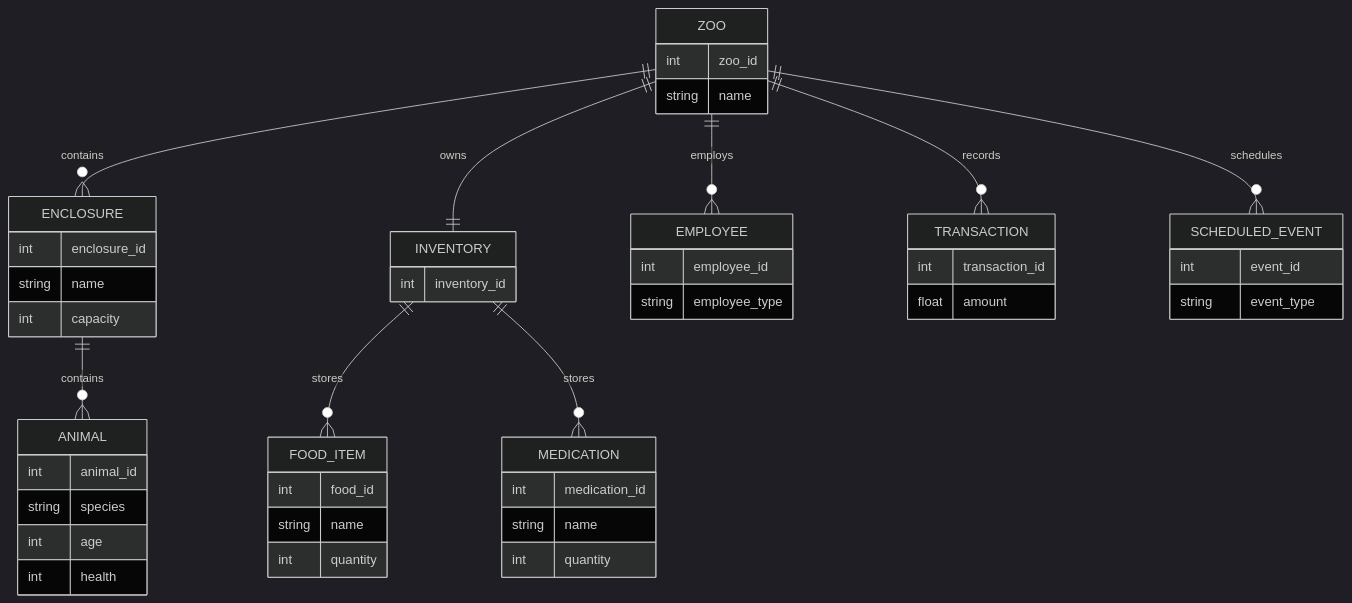
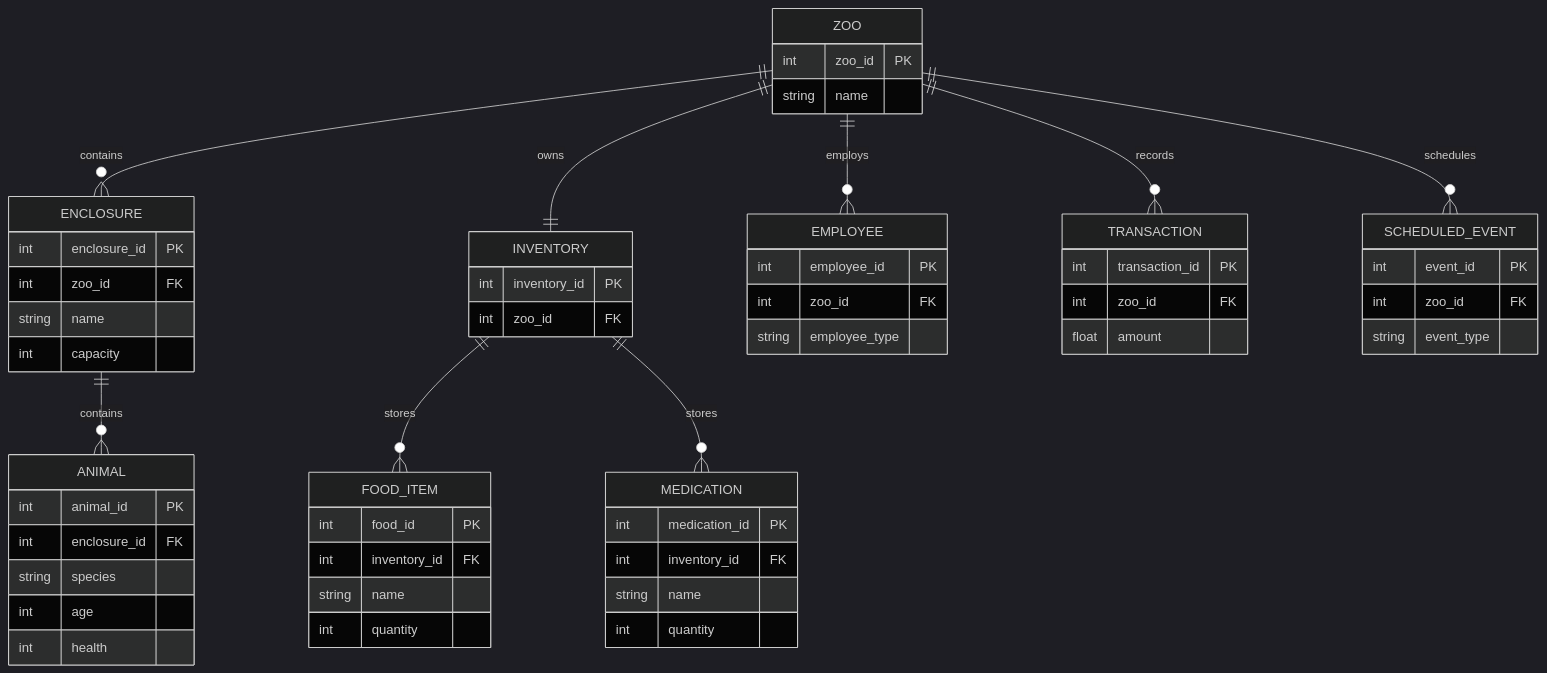
One commit to Darnell-Beganovic/zms-BBS changed the diagram in Projektplanung/ER_Diagram_Data_Model.md. Above: the diagram before and after it, drawn with Mermaid (dark theme). The commit also changed other lines of this file and 13 other files, not shown here.

````diff
--- a/Projektplanung/ER_Diagram_Data_Model.md
+++ b/Projektplanung/ER_Diagram_Data_Model.md
@@ -5,63 +5,71 @@
 ```mermaid
 erDiagram
 
 ZOO ||--o{ ENCLOSURE : contains
 ZOO ||--|| INVENTORY : owns
 ZOO ||--o{ EMPLOYEE : employs
 ZOO ||--o{ TRANSACTION : records
 ZOO ||--o{ SCHEDULED_EVENT : schedules
 
 ENCLOSURE ||--o{ ANIMAL : contains
 
 INVENTORY ||--o{ FOOD_ITEM : stores
 INVENTORY ||--o{ MEDICATION : stores
 
 ZOO {
-    int zoo_id
+    int zoo_id PK
     string name
 }
 
 ENCLOSURE {
-    int enclosure_id
+    int enclosure_id PK
+    int zoo_id FK
     string name
     int capacity
 }
 
 ANIMAL {
-    int animal_id
+    int animal_id PK
+    int enclosure_id FK
     string species
     int age
     int health
 }
 
 EMPLOYEE {
-    int employee_id
+    int employee_id PK
+    int zoo_id FK
     string employee_type
 }
 
 INVENTORY {
-    int inventory_id
+    int inventory_id PK
+    int zoo_id FK
 }
 
 FOOD_ITEM {
-    int food_id
+    int food_id PK
+    int inventory_id FK
     string name
     int quantity
 }
 
 MEDICATION {
-    int medication_id
+    int medication_id PK
+    int inventory_id FK
     string name
     int quantity
 }
 
 TRANSACTION {
-    int transaction_id
+    int transaction_id PK
+    int zoo_id FK
     float amount
 }
 
 SCHEDULED_EVENT {
-    int event_id
+    int event_id PK
+    int zoo_id FK
     string event_type
 }
 ```
````
